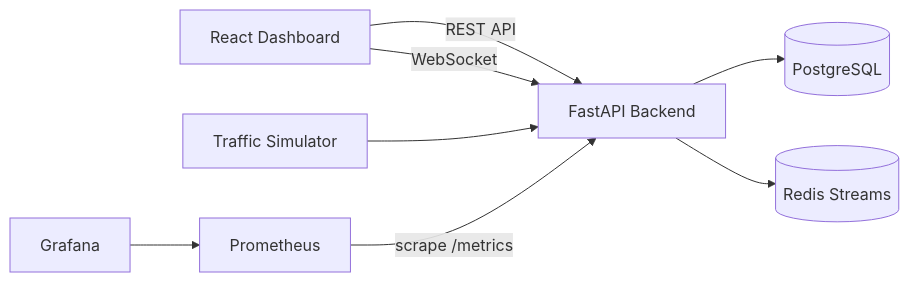
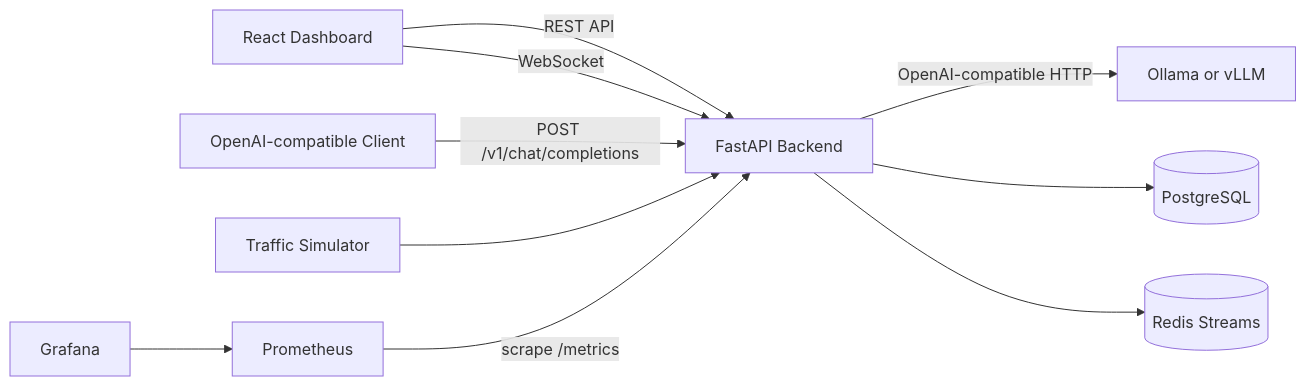
The diagram in README.md (HenishPatel1214/inference-ops-platform), drawn with Mermaid before and after one commit. The commit also changed other lines of this file and 11 other files, not shown here.

Commit message:
feat(gateway): proxy chat completions

````diff
--- a/README.md
+++ b/README.md
@@ -25,10 +25,12 @@
 ```mermaid
 flowchart LR
     Dashboard[React Dashboard] -->|REST API| FastAPI[FastAPI Backend]
     Dashboard -->|WebSocket| FastAPI
+    Client[OpenAI-compatible Client] -->|POST /v1/chat/completions| FastAPI
+    FastAPI -->|OpenAI-compatible HTTP| Runtime[Ollama or vLLM]
     FastAPI --> Postgres[(PostgreSQL)]
     FastAPI --> Redis[(Redis Streams)]
     Simulator[Traffic Simulator] --> FastAPI
     Prometheus[Prometheus] -->|scrape /metrics| FastAPI
     Grafana[Grafana] --> Prometheus
 ```
````
